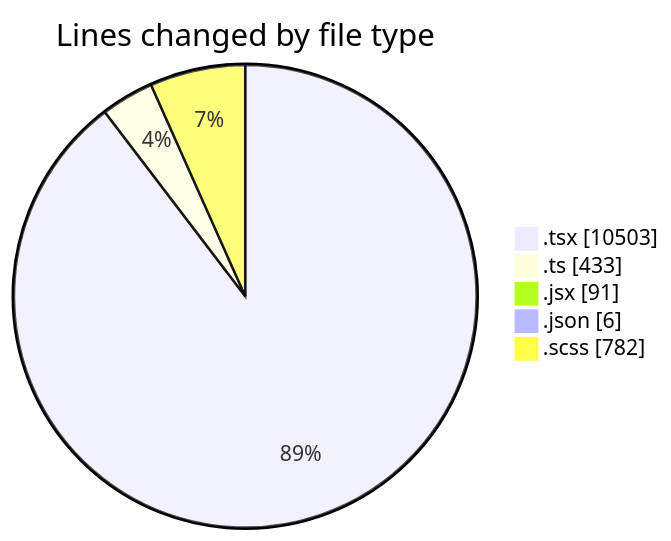
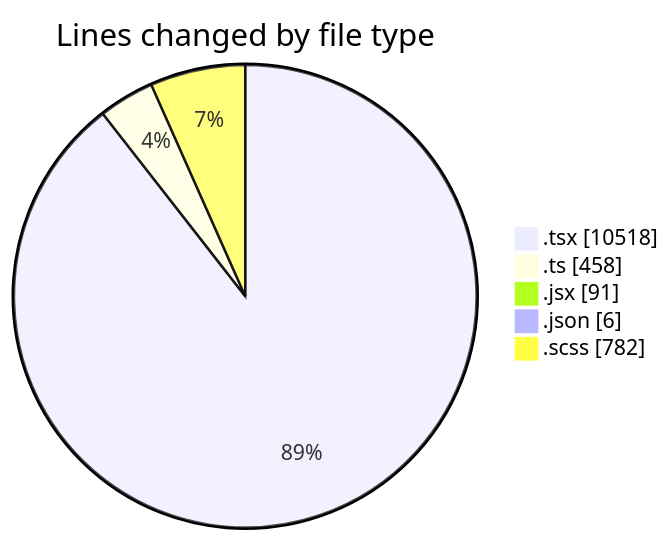
Before and after one commit to momahboobian/code-tracking: the first of 2 diagrams in 2026-04-27/cda/README.md, drawn with Mermaid. The commit also changed other lines of this file and 1 other file, not shown here.

````diff
--- a/2026-04-27/cda/README.md
+++ b/2026-04-27/cda/README.md
@@ -56,9 +57,9 @@
 ```mermaid
 pie showData
 title Lines changed by file type
-".tsx" : 10503
-".ts" : 433
+".tsx" : 10518
+".ts" : 458
 ".jsx" : 91
 ".json" : 6
 ".scss" : 782
 ```
````
